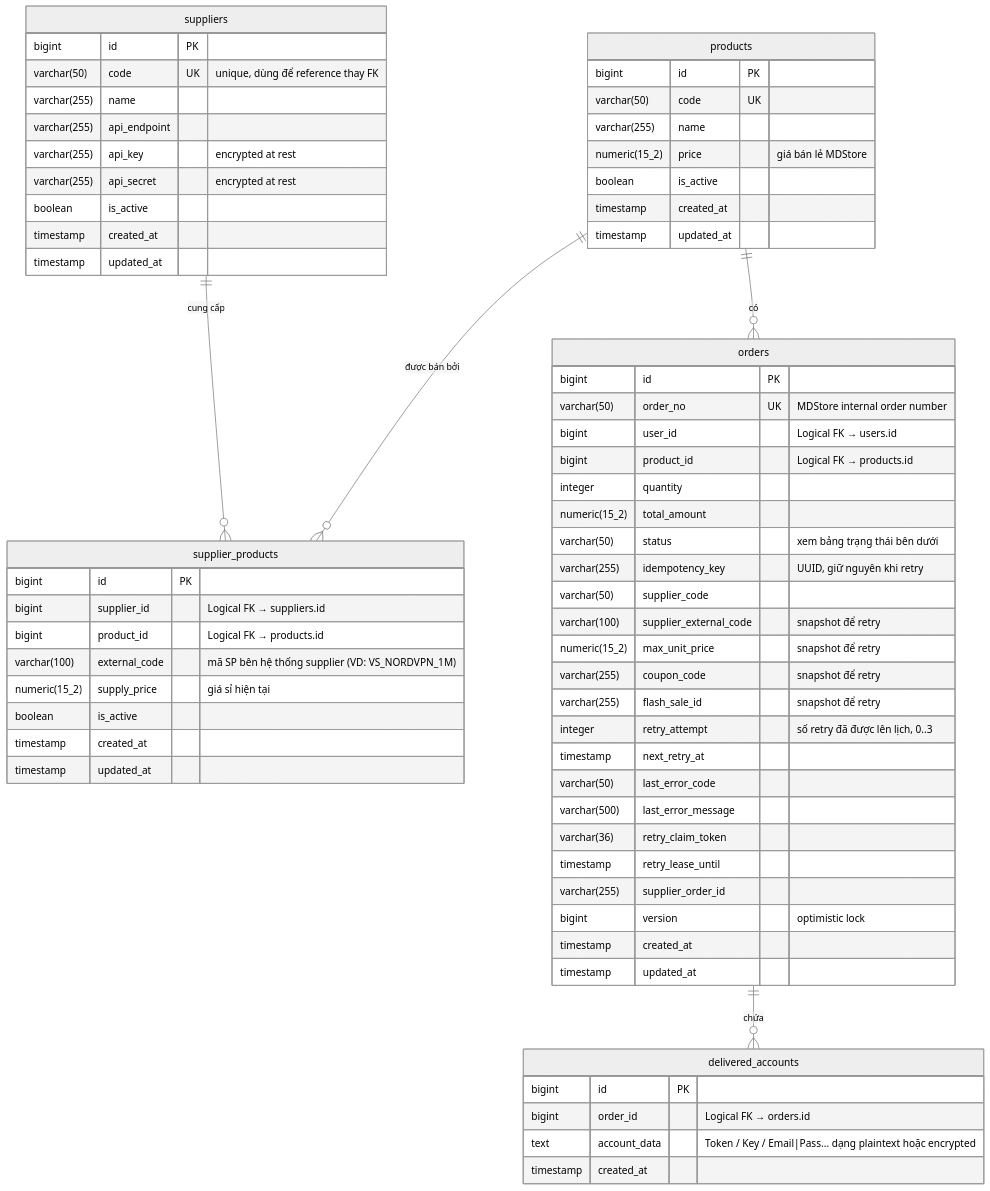
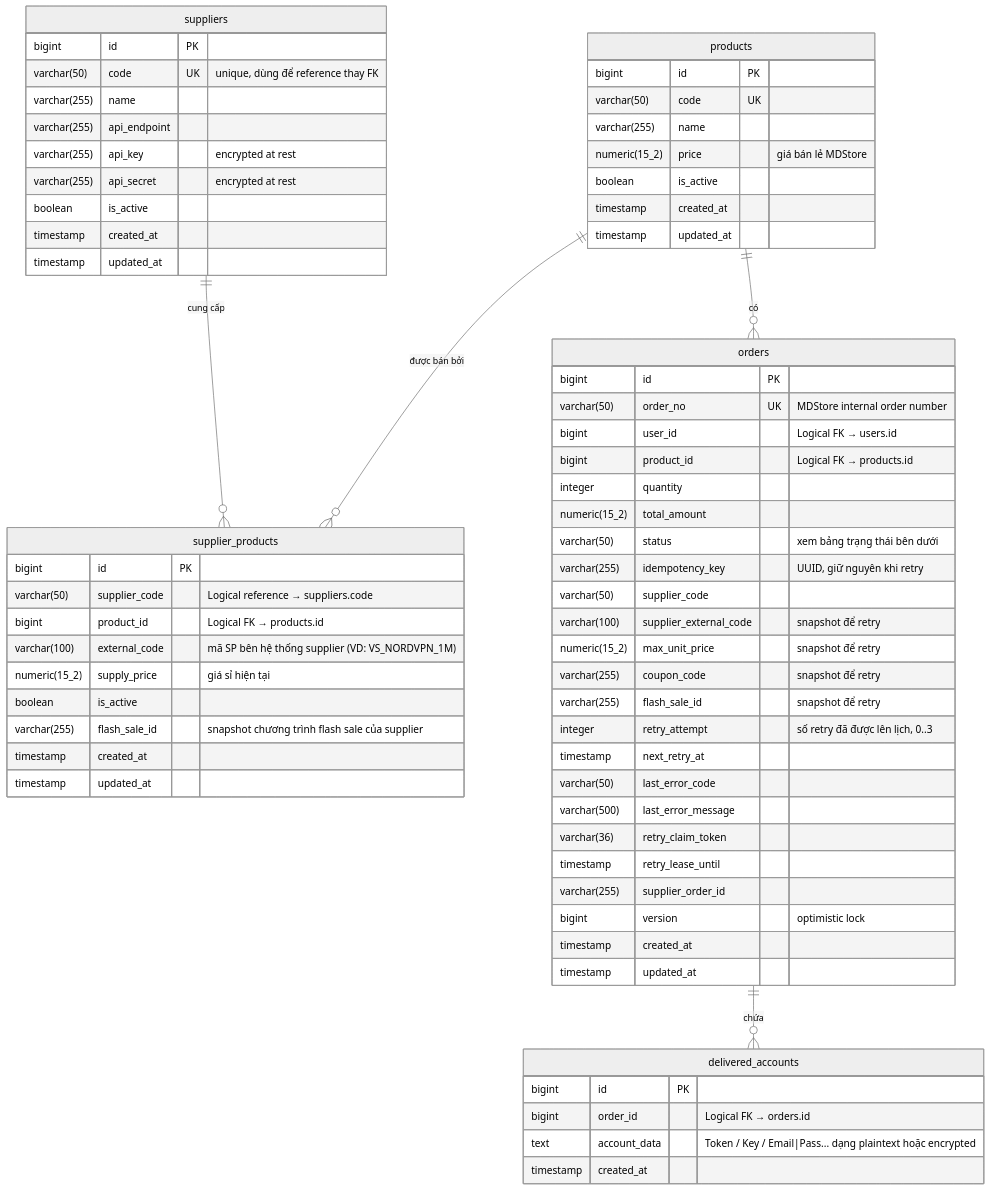
The diagram in docs/03-db-schema.md (minhduyhodev/MDStore), drawn with Mermaid (neutral theme) before and after one commit. The commit also changed other lines of this file and 44 other files, not shown here.

````diff
--- a/docs/03-db-schema.md
+++ b/docs/03-db-schema.md
@@ -18,73 +24,74 @@
 ```mermaid
 erDiagram
     suppliers ||--o{ supplier_products : "cung cấp"
     products ||--o{ supplier_products : "được bán bởi"
     products ||--o{ orders : "có"
     orders ||--o{ delivered_accounts : "chứa"
 
     suppliers {
         bigint id PK
         varchar(50) code UK "unique, dùng để reference thay FK"
         varchar(255) name
         varchar(255) api_endpoint
         varchar(255) api_key "encrypted at rest"
         varchar(255) api_secret "encrypted at rest"
         boolean is_active
         timestamp created_at
         timestamp updated_at
     }
 
     products {
         bigint id PK
         varchar(50) code UK
         varchar(255) name
         numeric(15_2) price "giá bán lẻ MDStore"
         boolean is_active
         timestamp created_at
         timestamp updated_at
     }
 
     supplier_products {
         bigint id PK
-        bigint supplier_id "Logical FK → suppliers.id"
+        varchar(50) supplier_code "Logical reference → suppliers.code"
         bigint product_id "Logical FK → products.id"
         varchar(100) external_code "mã SP bên hệ thống supplier (VD: VS_NORDVPN_1M)"
         numeric(15_2) supply_price "giá sỉ hiện tại"
         boolean is_active
+        varchar(255) flash_sale_id "snapshot chương trình flash sale của supplier"
         timestamp created_at
         timestamp updated_at
     }
 
     orders {
         bigint id PK
         varchar(50) order_no UK "MDStore internal order number"
         bigint user_id "Logical FK → users.id"
         bigint product_id "Logical FK → products.id"
         integer quantity
         numeric(15_2) total_amount
         varchar(50) status "xem bảng trạng thái bên dưới"
         varchar(255) idempotency_key "UUID, giữ nguyên khi retry"
         varchar(50) supplier_code
         varchar(100) supplier_external_code "snapshot để retry"
         numeric(15_2) max_unit_price "snapshot để retry"
         varchar(255) coupon_code "snapshot để retry"
         varchar(255) flash_sale_id "snapshot để retry"
         integer retry_attempt "số retry đã được lên lịch, 0..3"
         timestamp next_retry_at
         varchar(50) last_error_code
         varchar(500) last_error_message
         varchar(36) retry_claim_token
         timestamp retry_lease_until
         varchar(255) supplier_order_id
         bigint version "optimistic lock"
         timestamp created_at
         timestamp updated_at
     }
 
     delivered_accounts {
         bigint id PK
         bigint order_id "Logical FK → orders.id"
         text account_data "Token / Key / Email|Pass... dạng plaintext hoặc encrypted"
         timestamp created_at
     }
 ```
````
